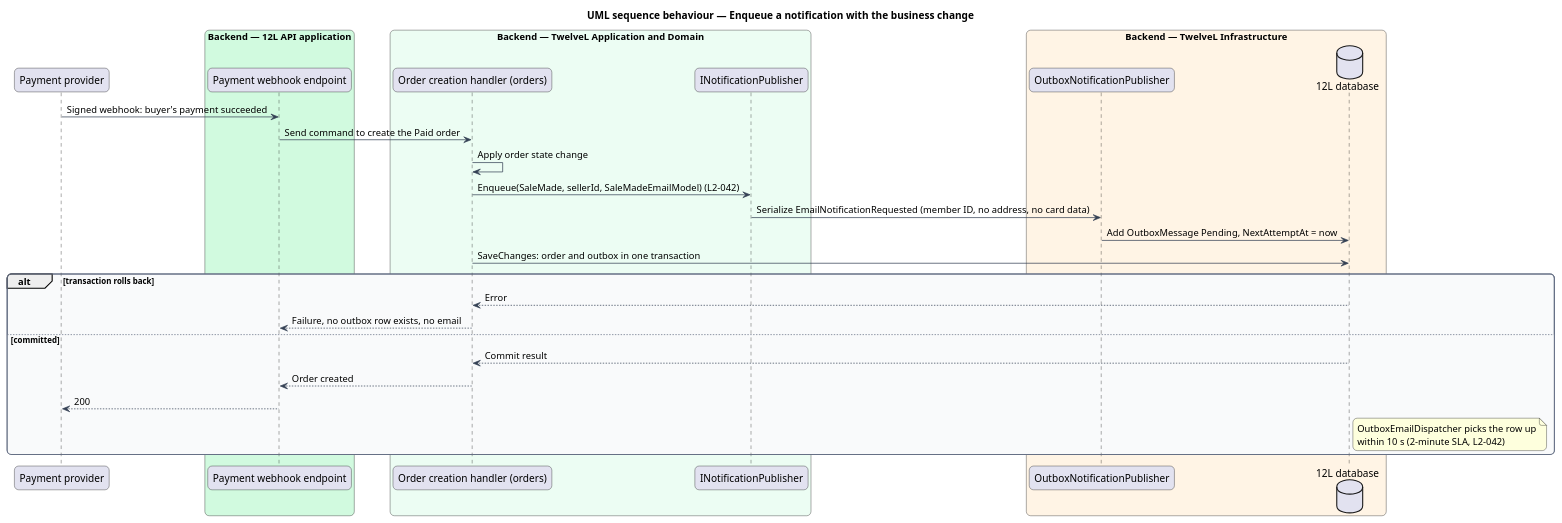
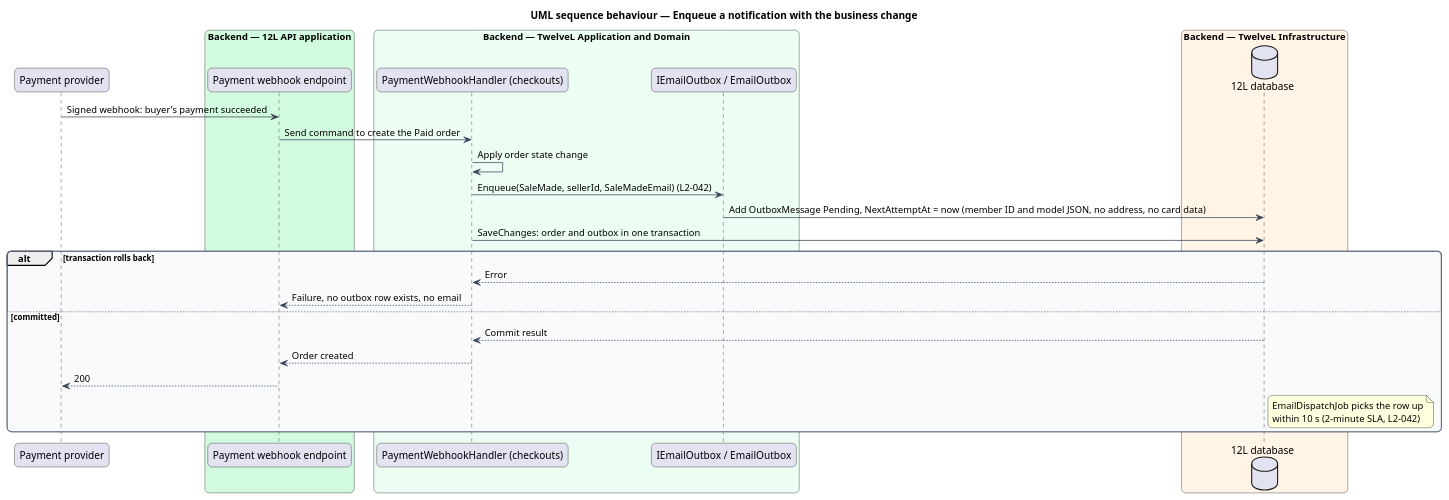
Before and after one commit to QuinntyneBrown/12l: the diagram in docs/detailed-designs/notifications/send-email-notifications/diagrams/sequence-enqueue-notification.puml, drawn with PlantUML. The commit also changed 20 other files, not shown here.

First line of the commit message:
Document send-email-notifications: design, ADR, L2-042, ship-order, estimates

```diff
--- a/docs/detailed-designs/notifications/send-email-notifications/diagrams/sequence-enqueue-notification.puml
+++ b/docs/detailed-designs/notifications/send-email-notifications/diagrams/sequence-enqueue-notification.puml
@@ -1,48 +1,46 @@
 @startuml
 title UML sequence behaviour — Enqueue a notification with the business change
 skinparam backgroundColor #FFFFFF
 skinparam shadowing false
 skinparam roundcorner 12
 skinparam defaultFontName Arial
 skinparam ArrowColor #344054
 skinparam rectangle {
   BorderColor #344054
   FontColor #101828
 }
 skinparam package {
   BorderColor #667085
   FontColor #101828
   BackgroundColor #F9FAFB
 }
 participant "Payment provider" as provider
 box "Backend — 12L API application" #D1FADF
   participant "Payment webhook endpoint" as controller
 end box
 box "Backend — TwelveL Application and Domain" #ECFDF3
-  participant "Order creation handler (orders)" as handler
-  participant "INotificationPublisher" as publisher
+  participant "PaymentWebhookHandler (checkouts)" as handler
+  participant "IEmailOutbox / EmailOutbox" as publisher
 end box
 box "Backend — TwelveL Infrastructure" #FFF4E5
-  participant "OutboxNotificationPublisher" as outbox
   database "12L database" as db
 end box
 provider -> controller : Signed webhook: buyer's payment succeeded
 controller -> handler : Send command to create the Paid order
 handler -> handler : Apply order state change
-handler -> publisher : Enqueue(SaleMade, sellerId, SaleMadeEmailModel) (L2-042)
-publisher -> outbox : Serialize EmailNotificationRequested (member ID, no address, no card data)
-outbox -> db : Add OutboxMessage Pending, NextAttemptAt = now
+handler -> publisher : Enqueue(SaleMade, sellerId, SaleMadeEmail) (L2-042)
+publisher -> db : Add OutboxMessage Pending, NextAttemptAt = now (member ID and model JSON, no address, no card data)
 handler -> db : SaveChanges: order and outbox in one transaction
 alt transaction rolls back
   db --> handler : Error
   handler --> controller : Failure, no outbox row exists, no email
 else committed
   db --> handler : Commit result
   handler --> controller : Order created
   controller --> provider : 200
   note right of db
-    OutboxEmailDispatcher picks the row up
+    EmailDispatchJob picks the row up
     within 10 s (2-minute SLA, L2-042)
   end note
 end
 @enduml
```
